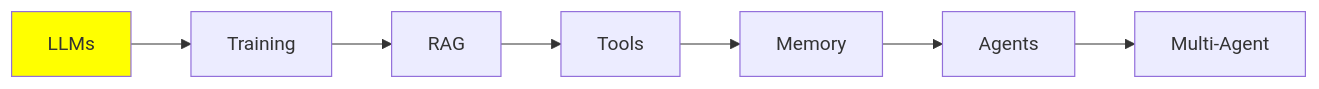
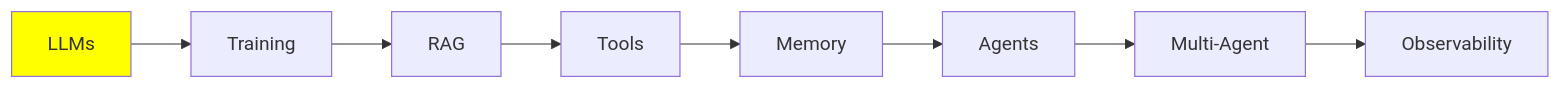
The third of 3 diagrams in mini-courses/1_fundamentals/llms_tr.md (lokumai/ai-engineering-bazaar), drawn with Mermaid before and after one commit. The commit also changed 99 other files, not shown here.

````diff
--- a/mini-courses/1_fundamentals/llms_tr.md
+++ b/mini-courses/1_fundamentals/llms_tr.md
@@ -286,10 +286,11 @@
 ```mermaid
 graph LR
-    A["LLMs"] --> B["Training"]
-    B --> C["RAG"]
-    C --> D["Tools"]
-    D --> E["Memory"]
-    E --> F["Agents"]
-    F --> G["Multi-Agent"]
+    A[LLMs] --> B[Training]
+    B --> C[RAG]
+    C --> D[Tools]
+    D --> E[Memory]
+    E --> F[Agents]
+    F --> G[Multi-Agent]
+    G --> H[Observability]
     style A fill:#FFFF00
 ```
````
